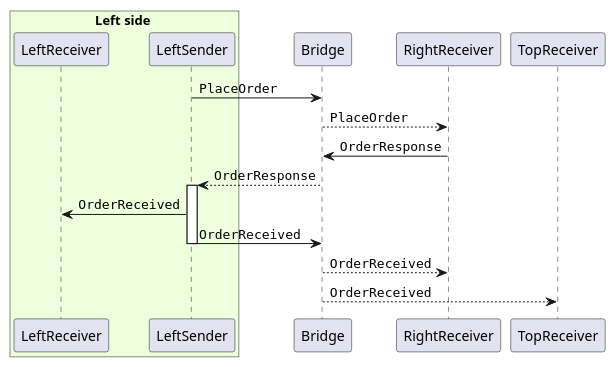
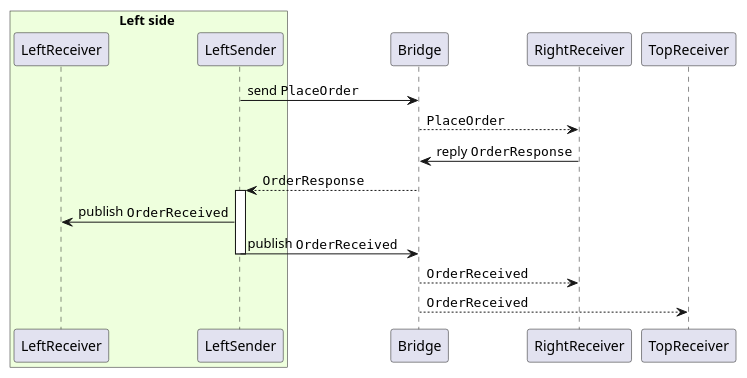
Before and after one commit to rioka/nsb-bridge-experiments: the third of 3 diagrams in README.md, drawn with PlantUML.

Commit message:
Small tweak

````diff
--- a/README.md
+++ b/README.md
@@ -69,24 +69,24 @@
 ```puml
 box Left side #EEFFDD
   participant LeftReceiver as lr
   participant LeftSender as ls
 end box
 
 participant Bridge as b
 participant RightReceiver as rr
 participant TopReceiver as tr
 
-ls -> b : ""PlaceOrder""
+ls -> b : send ""PlaceOrder""
 b -[dashed]> rr : ""PlaceOrder""
 
-rr -> b : ""OrderResponse""
+rr -> b : reply ""OrderResponse""
 b -[dashed]> ls : ""OrderResponse""
 
 activate ls
-ls -> lr : ""OrderReceived""
-ls -> b : ""OrderReceived""
+ls -> lr : publish ""OrderReceived""
+ls -> b : publish ""OrderReceived""
 deactivate ls
 
 b -[dashed]> rr : ""OrderReceived""
 b -[dashed]> tr : ""OrderReceived""
 ```
````
